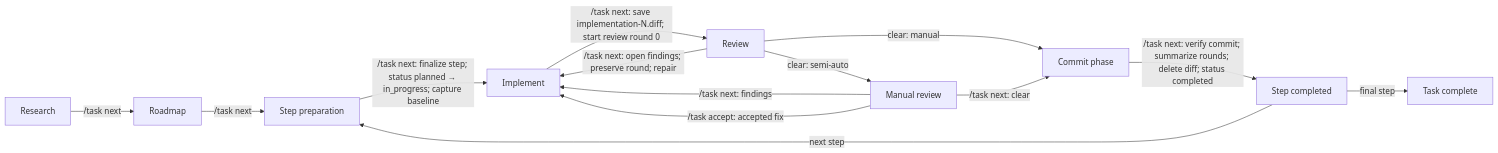
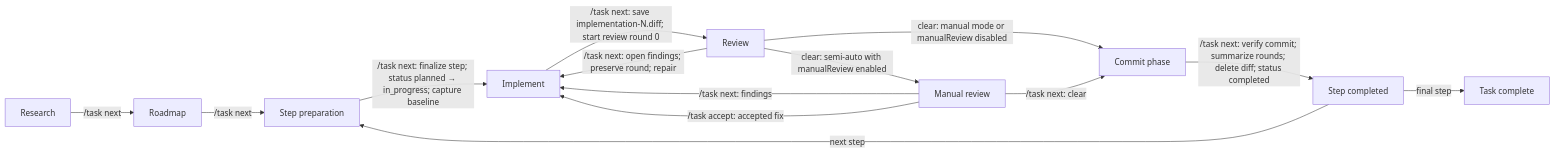
Before and after one commit to vladimir-popov/dotfiles: the diagram in .pi/agent/extensions/task-workflow/README.md, drawn with Mermaid. The commit also changed other lines of this file and 2 other files, not shown here.

First line of the commit message:
Make the manual review phase configurable

````diff
--- a/.pi/agent/extensions/task-workflow/README.md
+++ b/.pi/agent/extensions/task-workflow/README.md
@@ -18,16 +18,16 @@
 ```mermaid
 flowchart LR
     A["Research"] -->|/task next| B["Roadmap"]
     B -->|/task next| C["Step preparation"]
     C -->|/task next: finalize step; status planned → in_progress; capture baseline| D["Implement"]
     D -->|/task next: save implementation-N.diff; start review round 0| E["Review"]
     E -->|/task next: open findings; preserve round; repair| D
-    E -->|clear: semi-auto| F["Manual review"]
-    E -->|clear: manual| G["Commit phase"]
+    E -->|clear: semi-auto with manualReview enabled| F["Manual review"]
+    E -->|clear: manual mode or manualReview disabled| G["Commit phase"]
     F -->|/task next: findings| D
     F -->|/task accept: accepted fix| D
     F -->|/task next: clear| G
     G -->|/task next: verify commit; summarize rounds; delete diff; status completed| H["Step completed"]
     H -->|next step| C
     H -->|final step| I["Task complete"]
 ```
````
